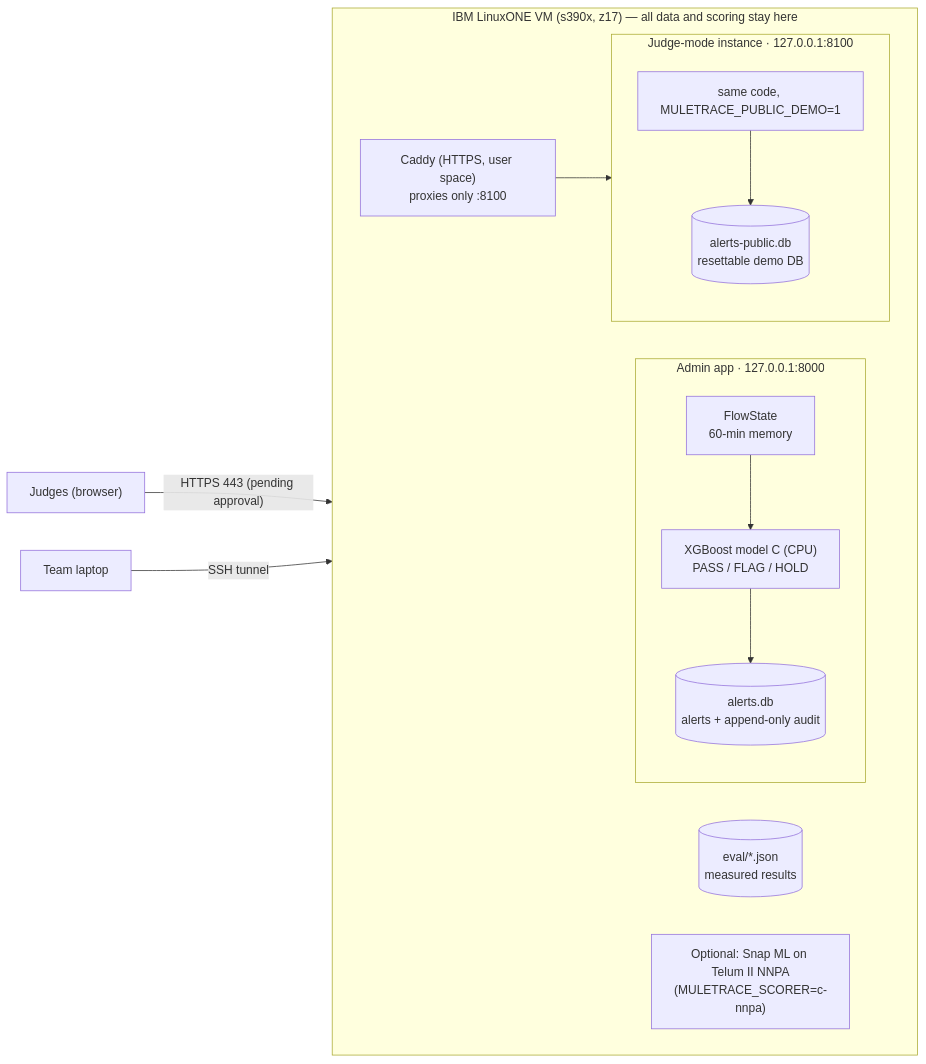
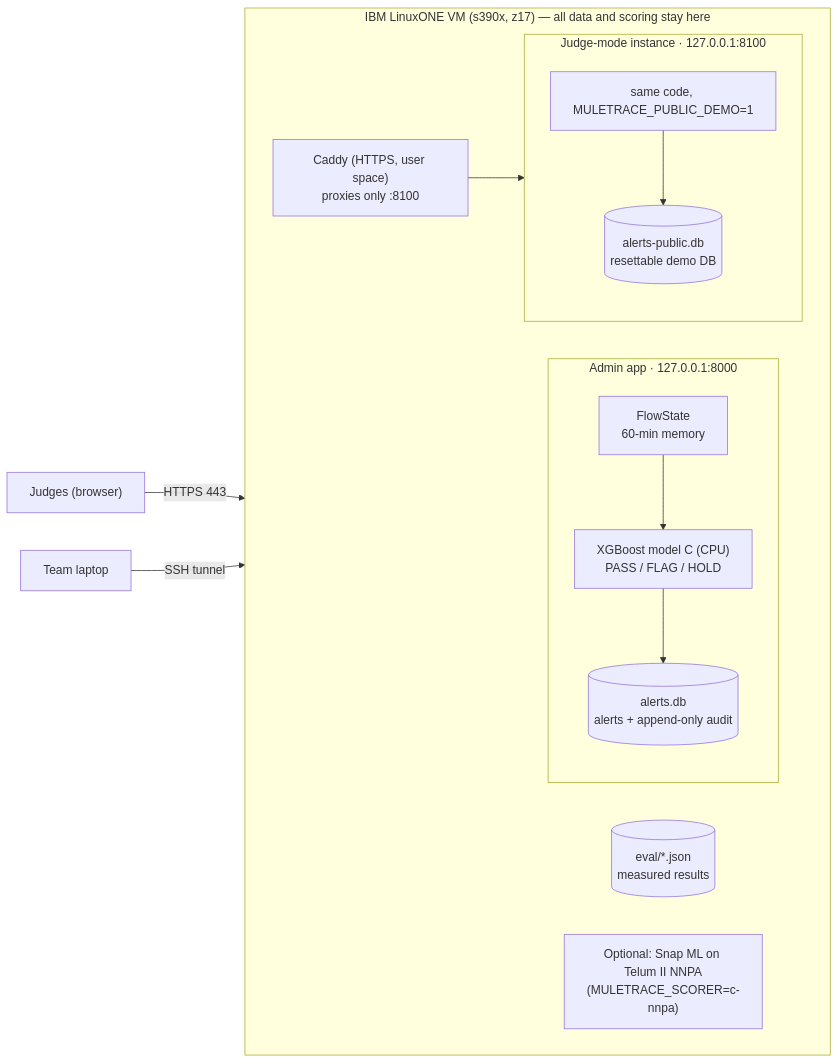
The diagram in README.md (Adib-07/MULETRACE), drawn with Mermaid before and after one commit. The commit also changed other lines of this file and 4 other files, not shown here.

First line of the commit message:
Public judge demo live and verified from outside; Caddy log drops all query strings; public_start.sh stops stale Caddy on restart

````diff
--- a/README.md
+++ b/README.md
@@ -67,18 +67,18 @@
 ```mermaid
 flowchart LR
     subgraph L1["IBM LinuxONE VM (s390x, z17) — all data and scoring stay here"]
         direction LR
         subgraph ADMIN["Admin app · 127.0.0.1:8000"]
             S1["FlowState<br/>60-min memory"] --> M1["XGBoost model C (CPU)<br/>PASS / FLAG / HOLD"]
             M1 --> DB1[("alerts.db<br/>alerts + append-only audit")]
         end
         subgraph PUB["Judge-mode instance · 127.0.0.1:8100"]
             S2["same code, MULETRACE_PUBLIC_DEMO=1"] --> DB2[("alerts-public.db<br/>resettable demo DB")]
         end
         CADDY["Caddy (HTTPS, user space)<br/>proxies only :8100"] --> PUB
         EVAL[("eval/*.json<br/>measured results")]
         NNPA["Optional: Snap ML on Telum II NNPA<br/>(MULETRACE_SCORER=c-nnpa)"]
     end
     LAPTOP["Team laptop"] -- "SSH tunnel" --> ADMIN
-    JUDGE["Judges (browser)"] -- "HTTPS 443 (pending approval)" --> CADDY
+    JUDGE["Judges (browser)"] -- "HTTPS 443" --> CADDY
 ```
````
